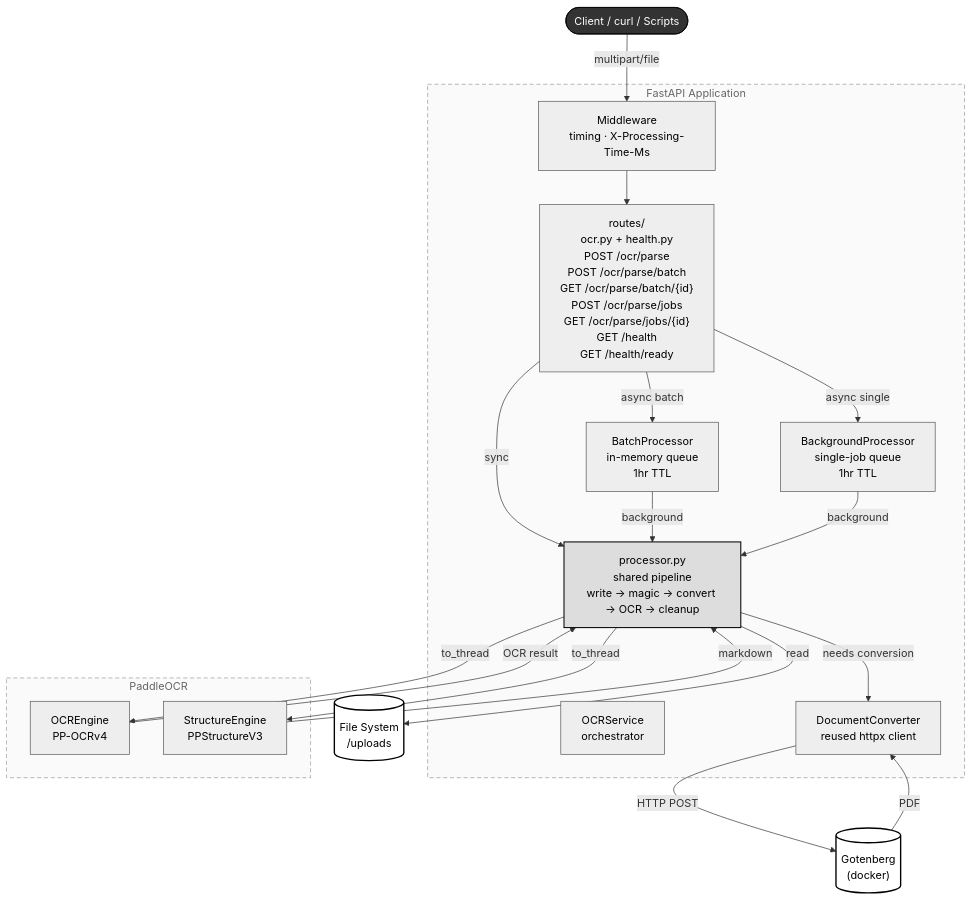
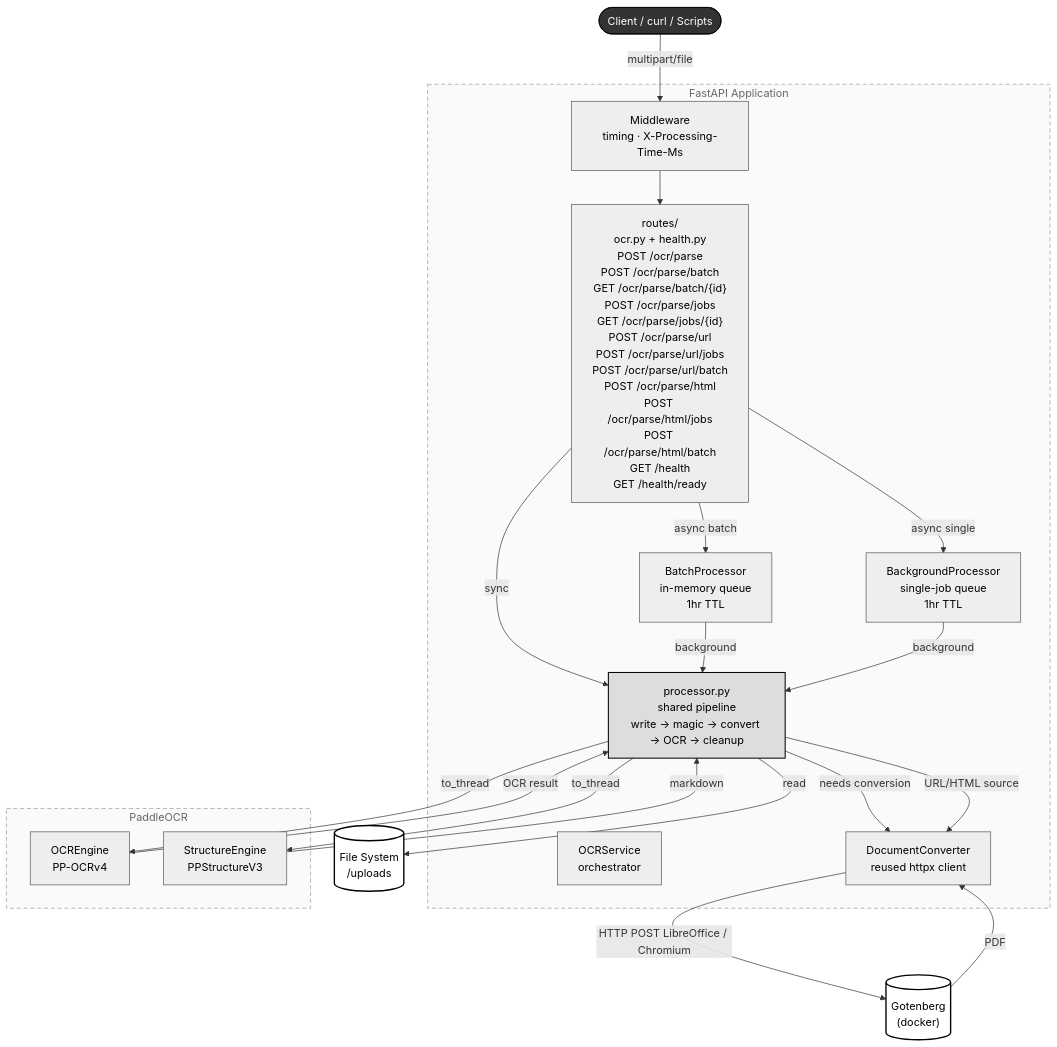
Before and after one commit to decimozs/rune: the diagram in README.md, drawn with Mermaid. The commit also changed other lines of this file and 16 other files, not shown here.

First line of the commit message:
refactor: remove markdown-to-PDF converter, add URL/HTML docs and tests

````diff
--- a/README.md
+++ b/README.md
@@ -52,58 +92,59 @@
 ```mermaid
 flowchart TB
   Client(["Client / curl / Scripts"])
 
   subgraph FastAPI["FastAPI Application"]
     MW["Middleware\ntiming · X-Processing-Time-Ms"]
-    Routes["routes/\nocr.py + health.py\nPOST /ocr/parse\nPOST /ocr/parse/batch\nGET /ocr/parse/batch/{id}\nPOST /ocr/parse/jobs\nGET /ocr/parse/jobs/{id}\nGET /health\nGET /health/ready"]
+    Routes["routes/\nocr.py + health.py\nPOST /ocr/parse\nPOST /ocr/parse/batch\nGET /ocr/parse/batch/{id}\nPOST /ocr/parse/jobs\nGET /ocr/parse/jobs/{id}\nPOST /ocr/parse/url\nPOST /ocr/parse/url/jobs\nPOST /ocr/parse/url/batch\nPOST /ocr/parse/html\nPOST /ocr/parse/html/jobs\nPOST /ocr/parse/html/batch\nGET /health\nGET /health/ready"]
     PROC["processor.py\nshared pipeline\nwrite → magic → convert → OCR → cleanup"]
     BP["BatchProcessor\nin-memory queue\n1hr TTL"]
     BJP["BackgroundProcessor\nsingle-job queue\n1hr TTL"]
     OCRS["OCRService\norchestrator"]
     Conv["DocumentConverter\nreused httpx client"]
   end
 
   subgraph Paddle["PaddleOCR"]
     ENGINE["OCREngine\nPP-OCRv4"]
     STRUCT["StructureEngine\nPPStructureV3"]
   end
 
   Gotenberg[("Gotenberg\n(docker)")]
   FS[("File System\n/uploads")]
 
   Client -->|multipart/file| MW
   MW --> Routes
 
   Routes -->|sync| PROC
   Routes -->|async batch| BP
   Routes -->|async single| BJP
 
   BP -->|background| PROC
   BJP -->|background| PROC
 
   PROC -->|to_thread| ENGINE
   PROC -->|to_thread| STRUCT
   PROC -->|needs conversion| Conv
-  Conv -->|HTTP POST| Gotenberg
+  PROC -->|URL/HTML source| Conv
+  Conv -->|HTTP POST LibreOffice / Chromium| Gotenberg
   Gotenberg -->|PDF| Conv
 
   ENGINE -->|OCR result| PROC
   STRUCT -->|markdown| PROC
 
   PROC -->|read| FS
 
   style Client fill:#333,stroke:#000,stroke-width:1px,color:#fff
   style FastAPI fill:#fafafa,stroke:#999,stroke-width:1px,color:#666,stroke-dasharray:6 4
   style Paddle fill:#fafafa,stroke:#999,stroke-width:1px,color:#666,stroke-dasharray:6 4
   style Routes fill:#eee,stroke:#555,stroke-width:1px,color:#000
   style MW fill:#eee,stroke:#555,stroke-width:1px,color:#000
   style PROC fill:#ddd,stroke:#000,stroke-width:1.5px,color:#000
   style BP fill:#eee,stroke:#555,stroke-width:1px,color:#000
   style BJP fill:#eee,stroke:#555,stroke-width:1px,color:#000
   style OCRS fill:#eee,stroke:#555,stroke-width:1px,color:#000
   style Conv fill:#eee,stroke:#555,stroke-width:1px,color:#000
   style ENGINE fill:#eee,stroke:#555,stroke-width:1px,color:#000
   style STRUCT fill:#eee,stroke:#555,stroke-width:1px,color:#000
   style Gotenberg fill:#fff,stroke:#000,stroke-width:2px,color:#000
   style FS fill:#fff,stroke:#000,stroke-width:2px,color:#000
 ```
````
